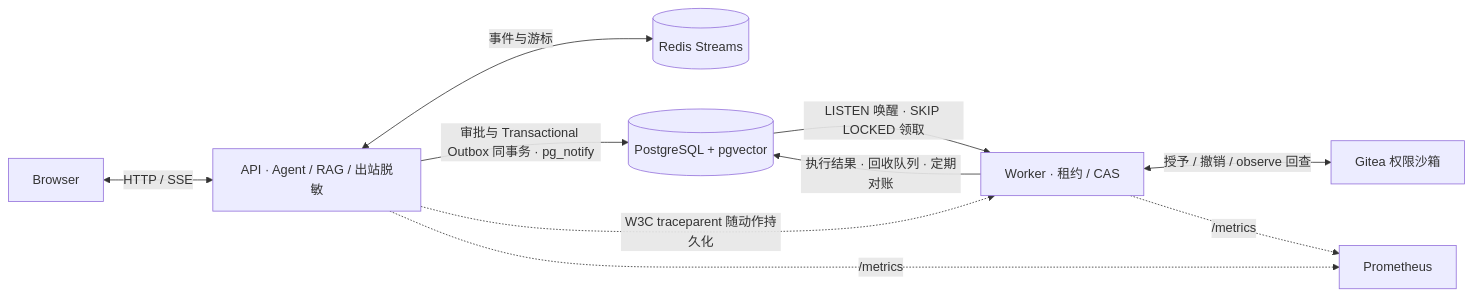
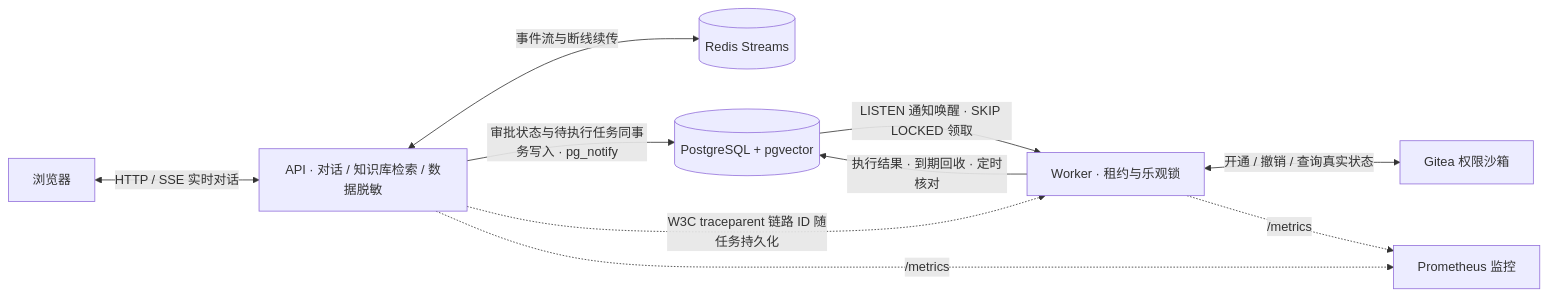
One commit to SctHy/ITCopilot changed the diagram in README.md. Above: the diagram before and after it, drawn with Mermaid. The commit also changed other lines of this file and 21 other files, not shown here.

````diff
--- a/README.md
+++ b/README.md
@@ -7,12 +10,12 @@
 ```mermaid
 flowchart LR
-    B[Browser] <-->|HTTP / SSE| A[API · Agent / RAG / 出站脱敏]
-    A <-->|事件与游标| R[(Redis Streams)]
-    A -->|审批与 Transactional Outbox 同事务 · pg_notify| P[(PostgreSQL + pgvector)]
-    P -->|LISTEN 唤醒 · SKIP LOCKED 领取| W[Worker · 租约 / CAS]
-    W -->|执行结果 · 回收队列 · 定期对账| P
-    W <-->|授予 / 撤销 / observe 回查| G[Gitea 权限沙箱]
-    A -. W3C traceparent 随动作持久化 .-> W
-    A -. /metrics .-> M[Prometheus]
+    B[浏览器] <-->|HTTP / SSE 实时对话| A[API · 对话 / 知识库检索 / 数据脱敏]
+    A <-->|事件流与断线续传| R[(Redis Streams)]
+    A -->|审批状态与待执行任务同事务写入 · pg_notify| P[(PostgreSQL + pgvector)]
+    P -->|LISTEN 通知唤醒 · SKIP LOCKED 领取| W[Worker · 租约与乐观锁]
+    W -->|执行结果 · 到期回收 · 定时核对| P
+    W <-->|开通 / 撤销 / 查询真实状态| G[Gitea 权限沙箱]
+    A -. W3C traceparent 链路 ID 随任务持久化 .-> W
+    A -. /metrics .-> M[Prometheus 监控]
     W -. /metrics .-> M
 ```
````
